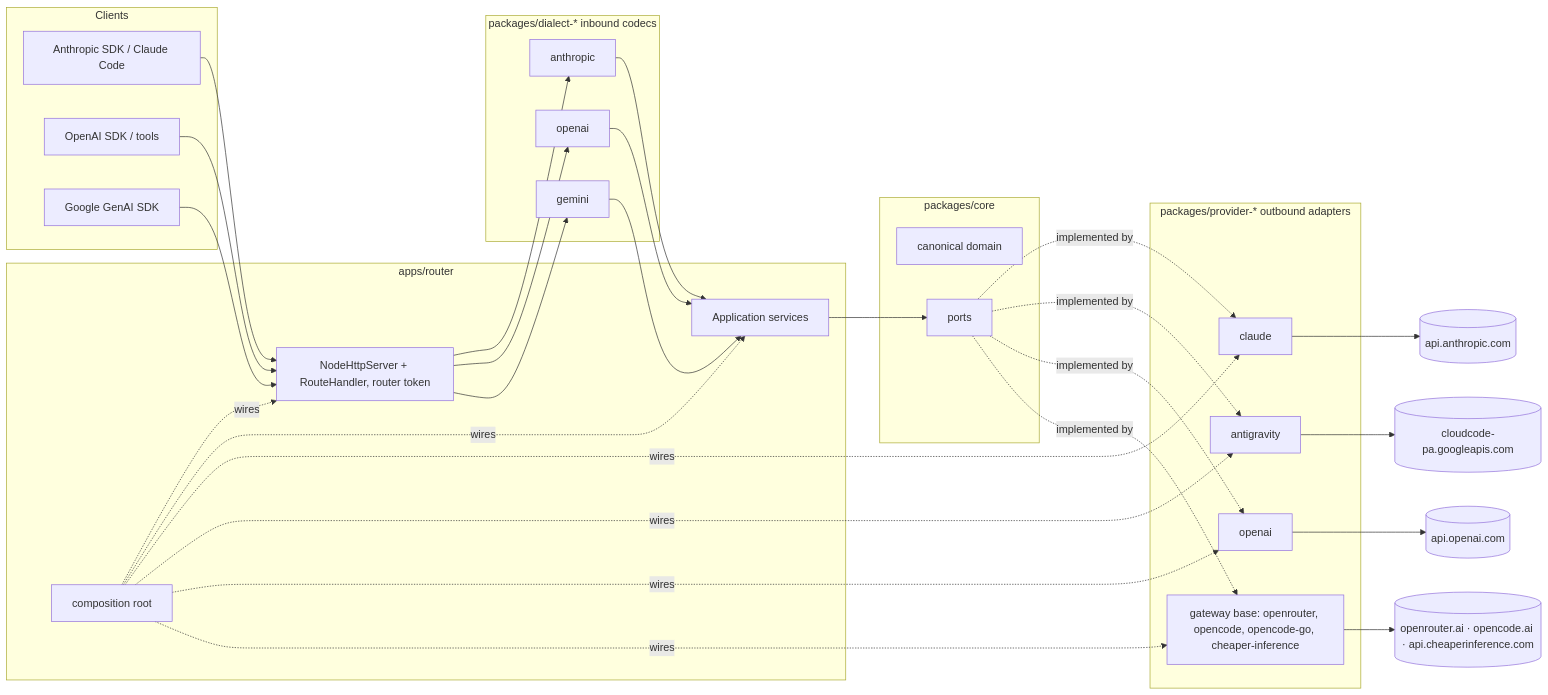
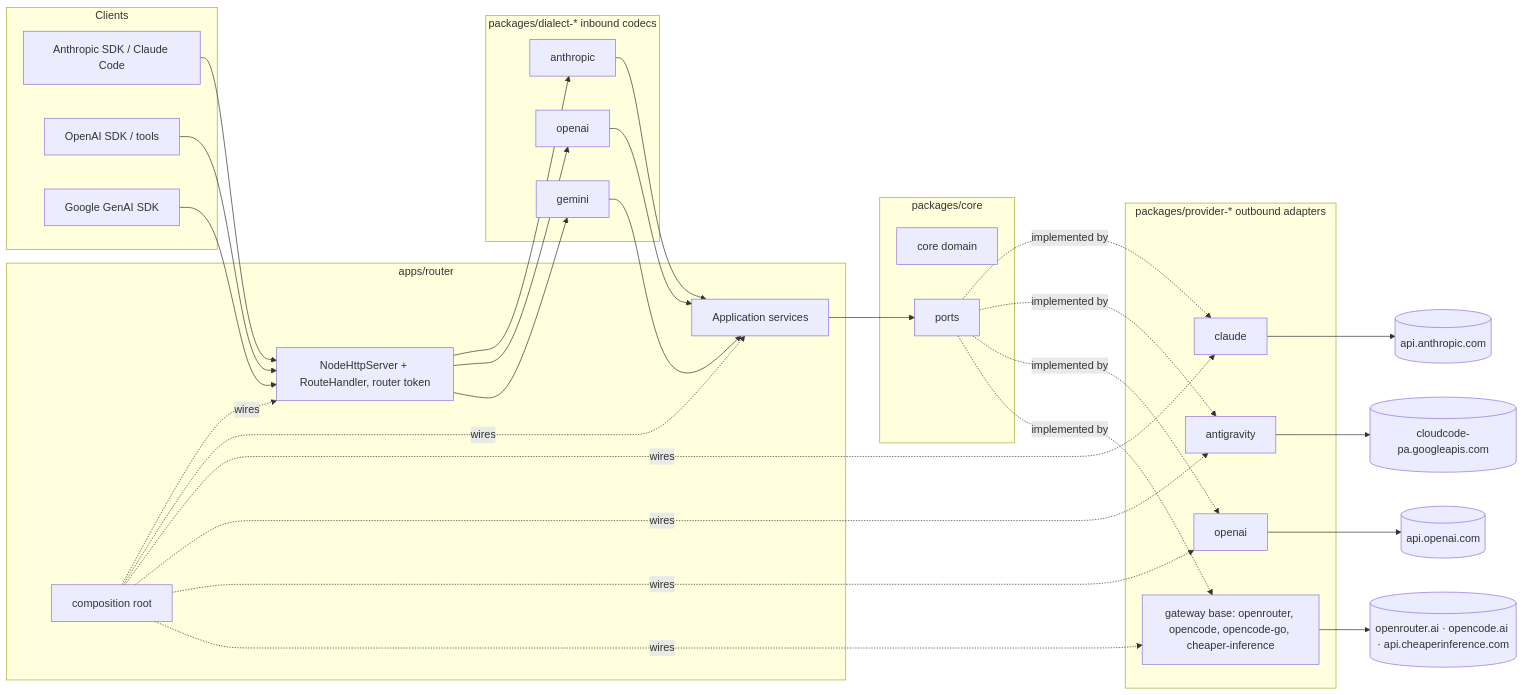
One commit to mavasbel-devtools/accounts-proxy changed the diagram in README.md. Above: the diagram before and after it, drawn with Mermaid. The commit also changed other lines of this file and 74 other files, not shown here.

````diff
--- a/README.md
+++ b/README.md
@@ -179,39 +180,39 @@
 ```mermaid
 flowchart LR
   subgraph Clients
     A[Anthropic SDK / Claude Code]
     O[OpenAI SDK / tools]
     G[Google GenAI SDK]
   end
   subgraph apps/router
     H[NodeHttpServer + RouteHandler, router token]
     S[Application services]
     C[composition root]
   end
   subgraph dialects[packages/dialect-*  inbound codecs]
     DA[anthropic]
     DO[openai]
     DG[gemini]
   end
   subgraph core[packages/core]
-    D[canonical domain]
+    D[core domain]
     P[ports]
   end
   subgraph providers[packages/provider-*  outbound adapters]
     PC[claude]
     PA[antigravity]
     PO[openai]
     PG[gateway base: openrouter, opencode, opencode-go, cheaper-inference]
   end
   A --> H
   O --> H
   G --> H
   H --> DA & DO & DG --> S
   S --> P
   P -.implemented by.-> PC & PA & PO & PG
   PC --> X[(api.anthropic.com)]
   PA --> Y[(cloudcode-pa.googleapis.com)]
   PO --> Z[(api.openai.com)]
   PG --> W[(openrouter.ai · opencode.ai · api.cheaperinference.com)]
   C -.wires.-> H & S & PC & PA & PO & PG
 ```
````
